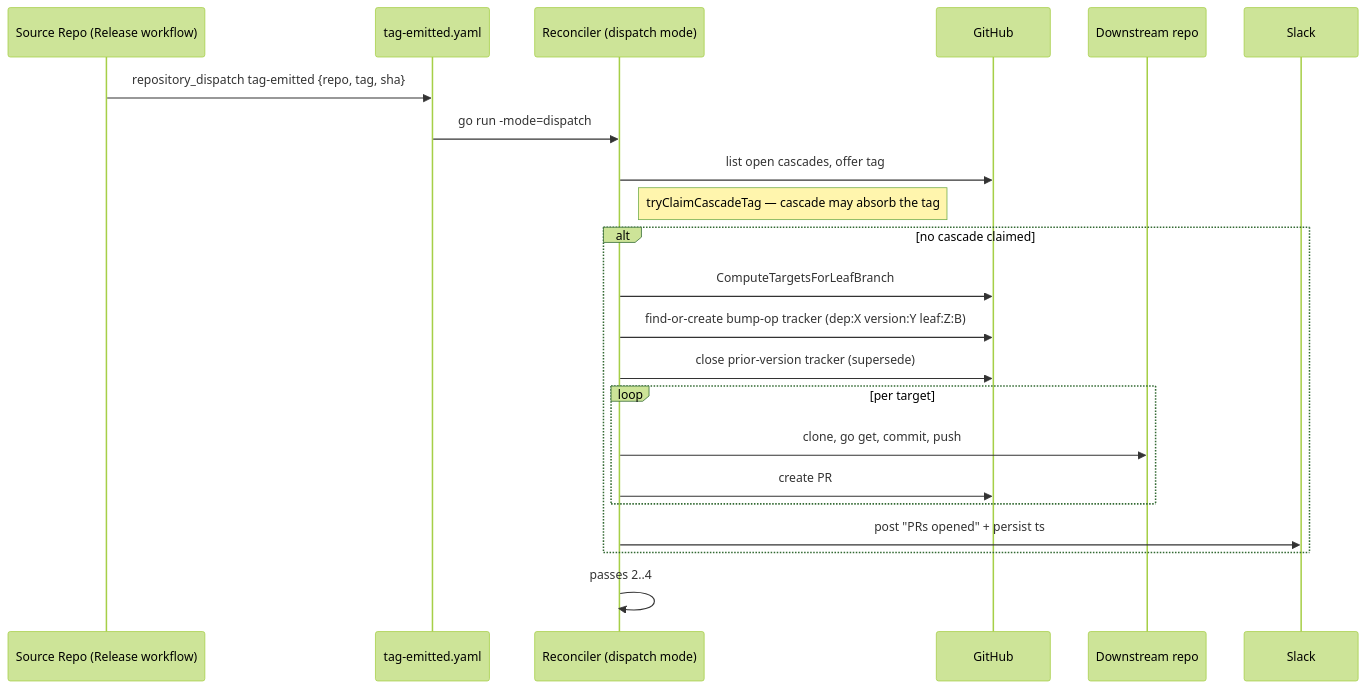
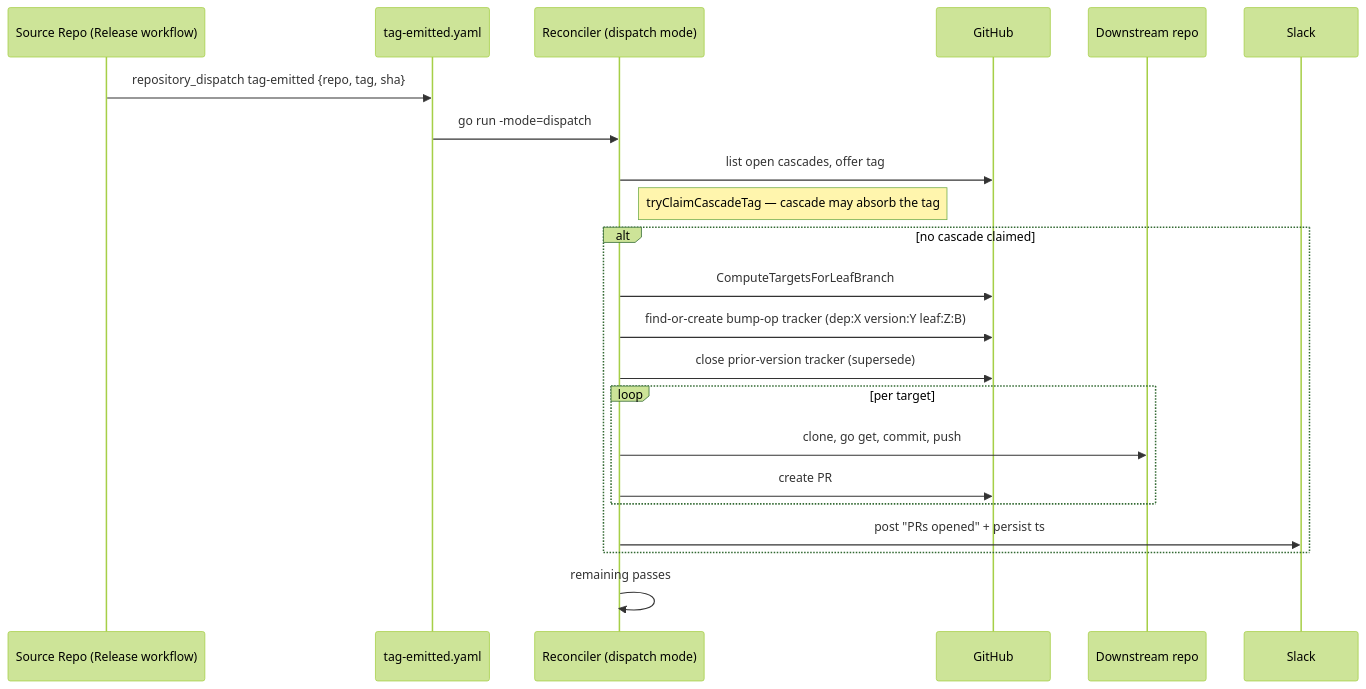
The third of 5 diagrams in ARCHITECTURE.md (rancher/frameworks-automation), drawn with Mermaid (forest theme) before and after one commit. The commit also changed other lines of this file and 14 other files, not shown here.

````diff
--- a/ARCHITECTURE.md
+++ b/ARCHITECTURE.md
@@ -315,25 +304,25 @@
 ```mermaid
 sequenceDiagram
     participant rel as Source Repo (Release workflow)
     participant disp as tag-emitted.yaml
     participant rec as Reconciler (dispatch mode)
     participant gh as GitHub
     participant ds as Downstream repo
     participant slack as Slack
 
     rel->>disp: repository_dispatch tag-emitted {repo, tag, sha}
     disp->>rec: go run -mode=dispatch
     rec->>gh: list open cascades, offer tag
     note right of rec: tryClaimCascadeTag — cascade may absorb the tag
     alt no cascade claimed
         rec->>gh: ComputeTargetsForLeafBranch
         rec->>gh: find-or-create bump-op tracker (dep:X version:Y leaf:Z:B)
         rec->>gh: close prior-version tracker (supersede)
         loop per target
             rec->>ds: clone, go get, commit, push
             rec->>gh: create PR
         end
         rec->>slack: post "PRs opened" + persist ts
     end
-    rec->>rec: passes 2..4
+    rec->>rec: remaining passes
 ```
````
